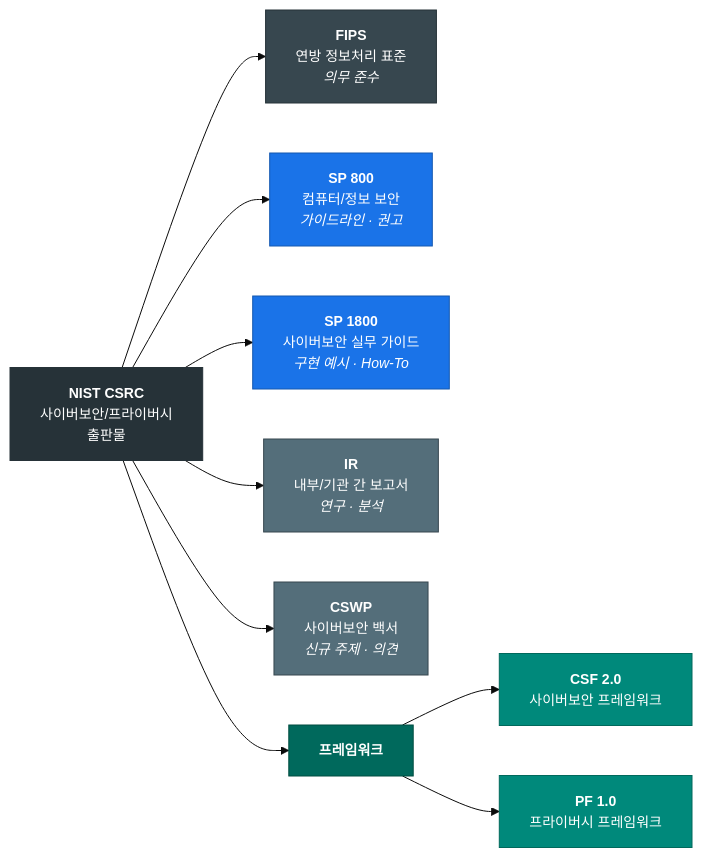
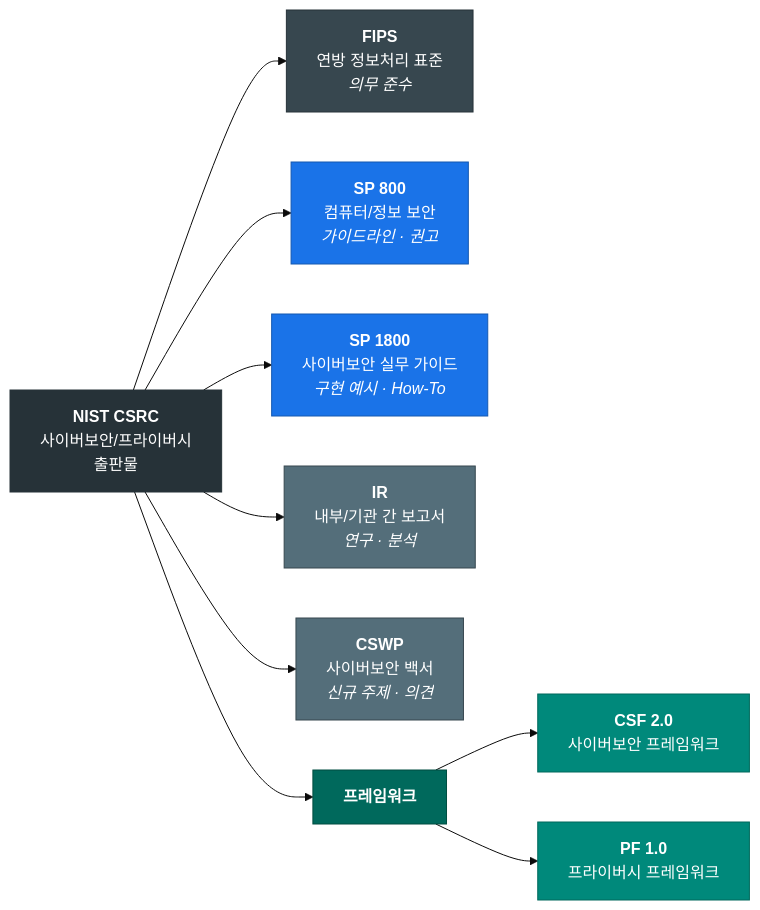
The first of 2 diagrams in NIST/README.md (zer0-kr/security-framework), drawn with Mermaid before and after one commit. The commit also changed other lines of this file and 1 other file, not shown here.

First line of the commit message:
Fix Mermaid text: inline span style color on every node label

````diff
--- a/NIST/README.md
+++ b/NIST/README.md
@@ -46,25 +46,25 @@
 ```mermaid
-%%{init: {'theme': 'base', 'themeVariables': {'fontSize': '14px'}}}%%
+%%{init: {'securityLevel': 'loose', 'theme': 'base'}}%%
 flowchart LR
-    CSRC["<b>NIST CSRC</b><br/>사이버보안/프라이버시<br/>출판물"]
+    CSRC["<span style='color:#fff'><b>NIST CSRC</b><br/>사이버보안/프라이버시<br/>출판물</span>"]
 
-    CSRC --> FIPS["<b>FIPS</b><br/>연방 정보처리 표준<br/><i>의무 준수</i>"]
-    CSRC --> SP800["<b>SP 800</b><br/>컴퓨터/정보 보안<br/><i>가이드라인 · 권고</i>"]
-    CSRC --> SP1800["<b>SP 1800</b><br/>사이버보안 실무 가이드<br/><i>구현 예시 · How-To</i>"]
-    CSRC --> IR["<b>IR</b><br/>내부/기관 간 보고서<br/><i>연구 · 분석</i>"]
-    CSRC --> CSWP["<b>CSWP</b><br/>사이버보안 백서<br/><i>신규 주제 · 의견</i>"]
-    CSRC --> FW["<b>프레임워크</b>"]
+    CSRC --> FIPS["<span style='color:#fff'><b>FIPS</b><br/>연방 정보처리 표준<br/><i>의무 준수</i></span>"]
+    CSRC --> SP800["<span style='color:#fff'><b>SP 800</b><br/>컴퓨터/정보 보안<br/><i>가이드라인 · 권고</i></span>"]
+    CSRC --> SP1800["<span style='color:#fff'><b>SP 1800</b><br/>사이버보안 실무 가이드<br/><i>구현 예시 · How-To</i></span>"]
+    CSRC --> IR["<span style='color:#fff'><b>IR</b><br/>내부/기관 간 보고서<br/><i>연구 · 분석</i></span>"]
+    CSRC --> CSWP["<span style='color:#fff'><b>CSWP</b><br/>사이버보안 백서<br/><i>신규 주제 · 의견</i></span>"]
+    CSRC --> FW["<span style='color:#fff'><b>프레임워크</b></span>"]
 
-    FW --> CSF["<b>CSF 2.0</b><br/>사이버보안 프레임워크"]
-    FW --> PF["<b>PF 1.0</b><br/>프라이버시 프레임워크"]
+    FW --> CSF["<span style='color:#fff'><b>CSF 2.0</b><br/>사이버보안 프레임워크</span>"]
+    FW --> PF["<span style='color:#fff'><b>PF 1.0</b><br/>프라이버시 프레임워크</span>"]
 
-    style CSRC fill:#263238,stroke:#263238,color:#fff
-    style FIPS fill:#37474f,stroke:#263238,color:#fff
-    style SP800 fill:#1a73e8,stroke:#1558b0,color:#fff
-    style SP1800 fill:#1a73e8,stroke:#1558b0,color:#fff
-    style IR fill:#546e7a,stroke:#37474f,color:#fff
-    style CSWP fill:#546e7a,stroke:#37474f,color:#fff
-    style FW fill:#00695c,stroke:#004d40,color:#fff
-    style CSF fill:#00897b,stroke:#00695c,color:#fff
-    style PF fill:#00897b,stroke:#00695c,color:#fff
+    style CSRC fill:#263238,stroke:#263238
+    style FIPS fill:#37474f,stroke:#263238
+    style SP800 fill:#1a73e8,stroke:#1558b0
+    style SP1800 fill:#1a73e8,stroke:#1558b0
+    style IR fill:#546e7a,stroke:#37474f
+    style CSWP fill:#546e7a,stroke:#37474f
+    style FW fill:#00695c,stroke:#004d40
+    style CSF fill:#00897b,stroke:#00695c
+    style PF fill:#00897b,stroke:#00695c
 ```
````
